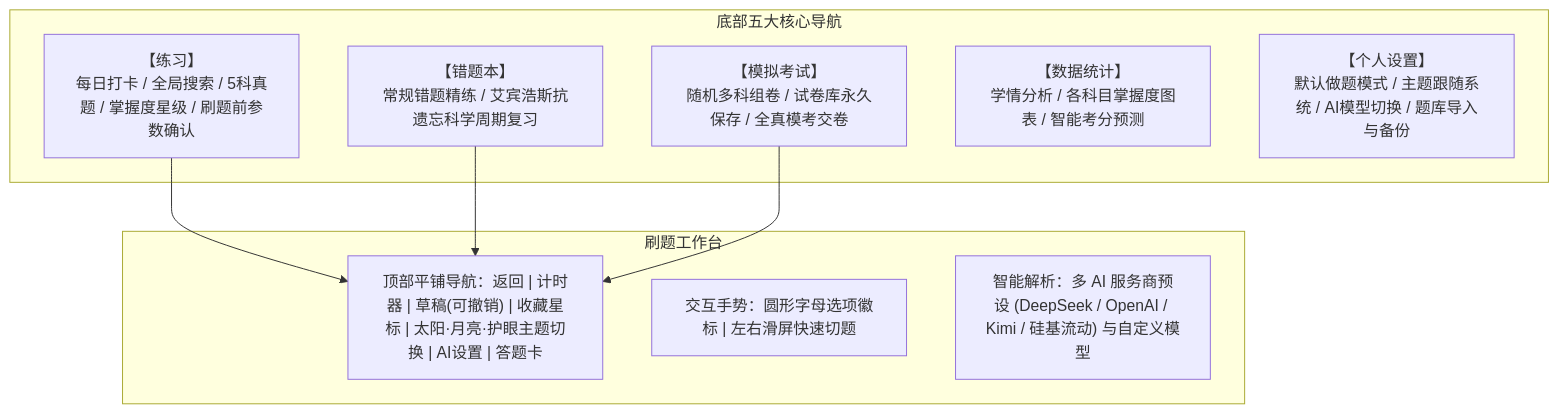
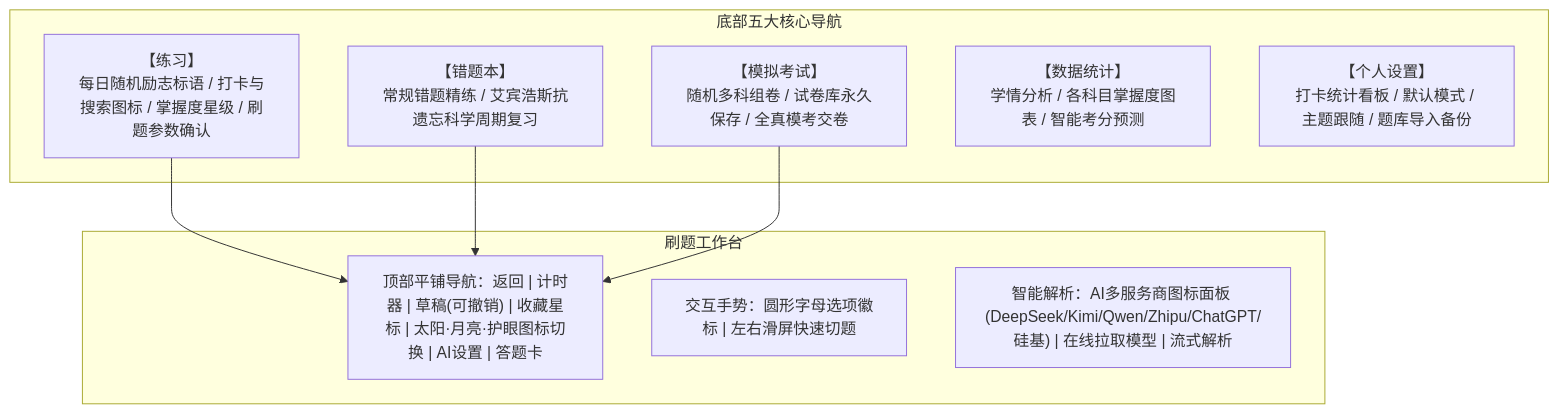
One commit to Simple53/jsgsMock changed the diagram in plan.md. Above: the diagram before and after it, drawn with Mermaid. The commit also changed other lines of this file and 2 other files, not shown here.

````diff
--- a/plan.md
+++ b/plan.md
@@ -9,20 +9,20 @@
 ```mermaid
 flowchart TD
     subgraph 底部五大核心导航
-        T1["【练习】<br>每日打卡 / 全局搜索 / 5科真题 / 掌握度星级 / 刷题前参数确认"]
+        T1["【练习】<br>每日随机励志标语 / 打卡与搜索图标 / 掌握度星级 / 刷题参数确认"]
         T2["【错题本】<br>常规错题精练 / 艾宾浩斯抗遗忘科学周期复习"]
         T3["【模拟考试】<br>随机多科组卷 / 试卷库永久保存 / 全真模考交卷"]
         T4["【数据统计】<br>学情分析 / 各科目掌握度图表 / 智能考分预测"]
-        T5["【个人设置】<br>默认做题模式 / 主题跟随系统 / AI模型切换 / 题库导入与备份"]
+        T5["【个人设置】<br>打卡统计看板 / 默认模式 / 主题跟随 / 题库导入备份"]
     end
 
     subgraph 刷题工作台
-        Q1["顶部平铺导航：返回 | 计时器 | 草稿(可撤销) | 收藏星标 | 太阳·月亮·护眼主题切换 | AI设置 | 答题卡"]
+        Q1["顶部平铺导航：返回 | 计时器 | 草稿(可撤销) | 收藏星标 | 太阳·月亮·护眼图标切换 | AI设置 | 答题卡"]
         Q2["交互手势：圆形字母选项徽标 | 左右滑屏快速切题"]
-        Q3["智能解析：多 AI 服务商预设 (DeepSeek / OpenAI / Kimi / 硅基流动) 与自定义模型"]
+        Q3["智能解析：AI多服务商图标面板 (DeepSeek/Kimi/Qwen/Zhipu/ChatGPT/硅基) | 在线拉取模型 | 流式解析"]
     end
 
     T1 --> Q1
     T2 --> Q1
     T3 --> Q1
 ```
````
